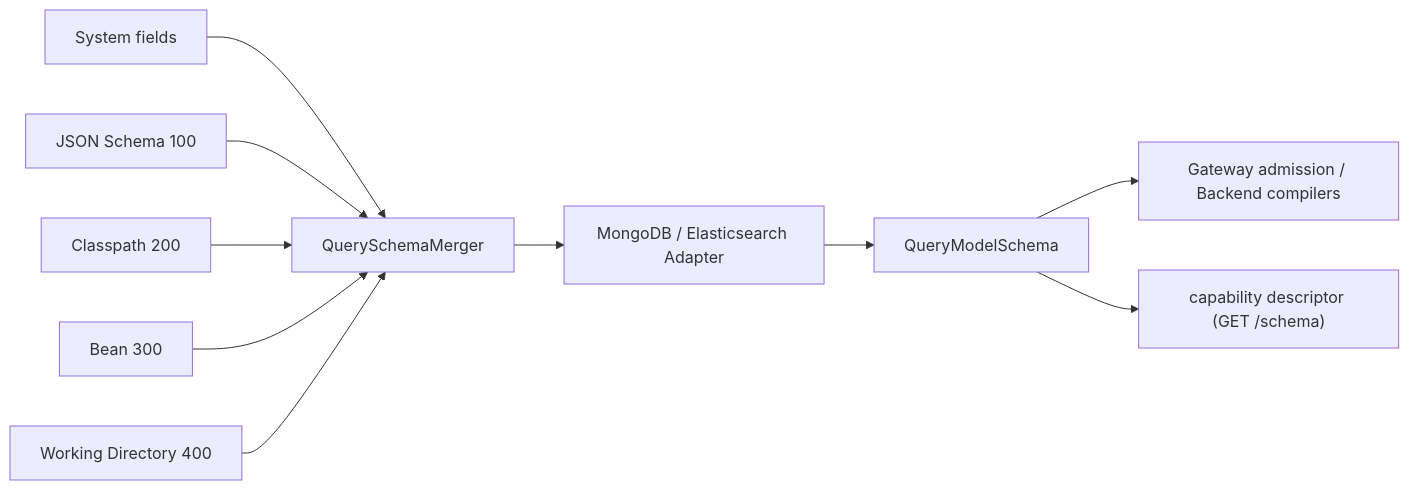
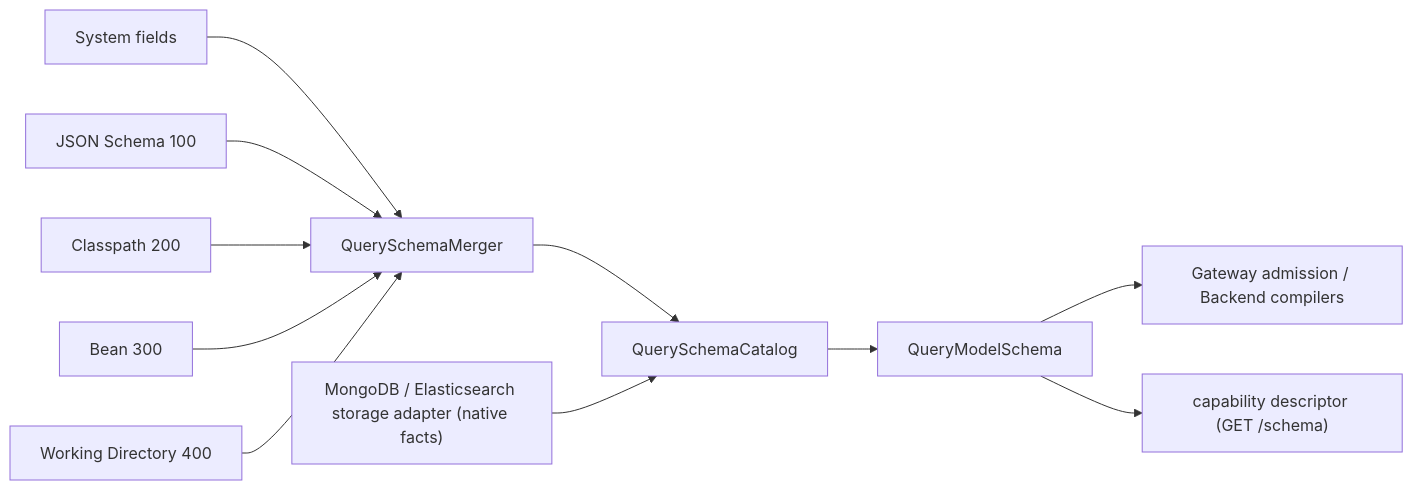
The diagram in documentation/docs/en/guide/query/query-model-schema.md (Ahoo-Wang/Wow), drawn with Mermaid before and after one commit. The commit also changed 109 other files, not shown here.

First line of the commit message:
refactor(query): the core Catalog compiles every model from storage facts; one HTTP budget (#3595)

````diff
--- a/documentation/docs/en/guide/query/query-model-schema.md
+++ b/documentation/docs/en/guide/query/query-model-schema.md
@@ -59,12 +59,13 @@
 ```mermaid
 flowchart LR
     System["System fields"] --> Merger["QuerySchemaMerger"]
     Json["JSON Schema 100"] --> Merger
     Classpath["Classpath 200"] --> Merger
     Bean["Bean 300"] --> Merger
     Working["Working Directory 400"] --> Merger
-    Merger --> Adapter["MongoDB / Elasticsearch Adapter"]
-    Adapter --> Schema["QueryModelSchema"]
+    Merger --> Catalog["QuerySchemaCatalog"]
+    Adapter["MongoDB / Elasticsearch storage adapter (native facts)"] --> Catalog
+    Catalog --> Schema["QueryModelSchema"]
     Schema --> Gateway["Gateway admission / Backend compilers"]
     Schema --> HTTP["capability descriptor (GET /schema)"]
 ```
````
